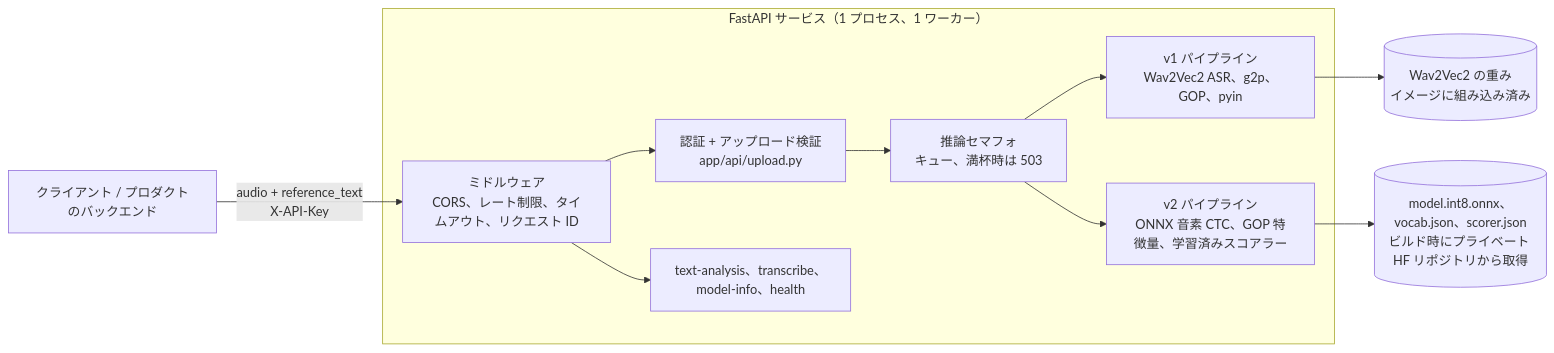
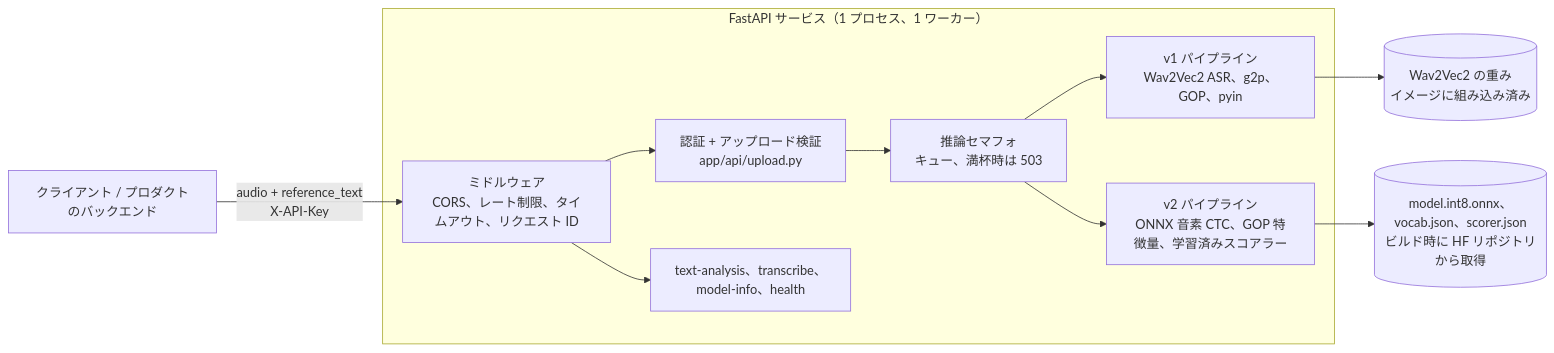
The first of 4 diagrams in languages/ja/docs/architecture.md (dris1153/pronunciation-service), drawn with Mermaid before and after one commit. The commit also changed other lines of this file and 40 other files, not shown here.

````diff
--- a/languages/ja/docs/architecture.md
+++ b/languages/ja/docs/architecture.md
@@ -9,13 +9,13 @@
 ```mermaid
 flowchart LR
     client["クライアント / プロダクトのバックエンド"] -->|"audio + reference_text<br/>X-API-Key"| mw
     subgraph svc["FastAPI サービス（1 プロセス、1 ワーカー）"]
         mw["ミドルウェア<br/>CORS、レート制限、タイムアウト、リクエスト ID"] --> val["認証 + アップロード検証<br/>app/api/upload.py"]
         val --> sem["推論セマフォ<br/>キュー、満杯時は 503"]
         sem --> v1["v1 パイプライン<br/>Wav2Vec2 ASR、g2p、GOP、pyin"]
         sem --> v2["v2 パイプライン<br/>ONNX 音素 CTC、GOP 特徴量、学習済みスコアラー"]
         mw --> misc["text-analysis、transcribe、<br/>model-info、health"]
     end
     v1 --> w1[("Wav2Vec2 の重み<br/>イメージに組み込み済み")]
-    v2 --> w2[("model.int8.onnx、vocab.json、scorer.json<br/>ビルド時にプライベート HF リポジトリから取得")]
+    v2 --> w2[("model.int8.onnx、vocab.json、scorer.json<br/>ビルド時に HF リポジトリから取得")]
 ```
````
